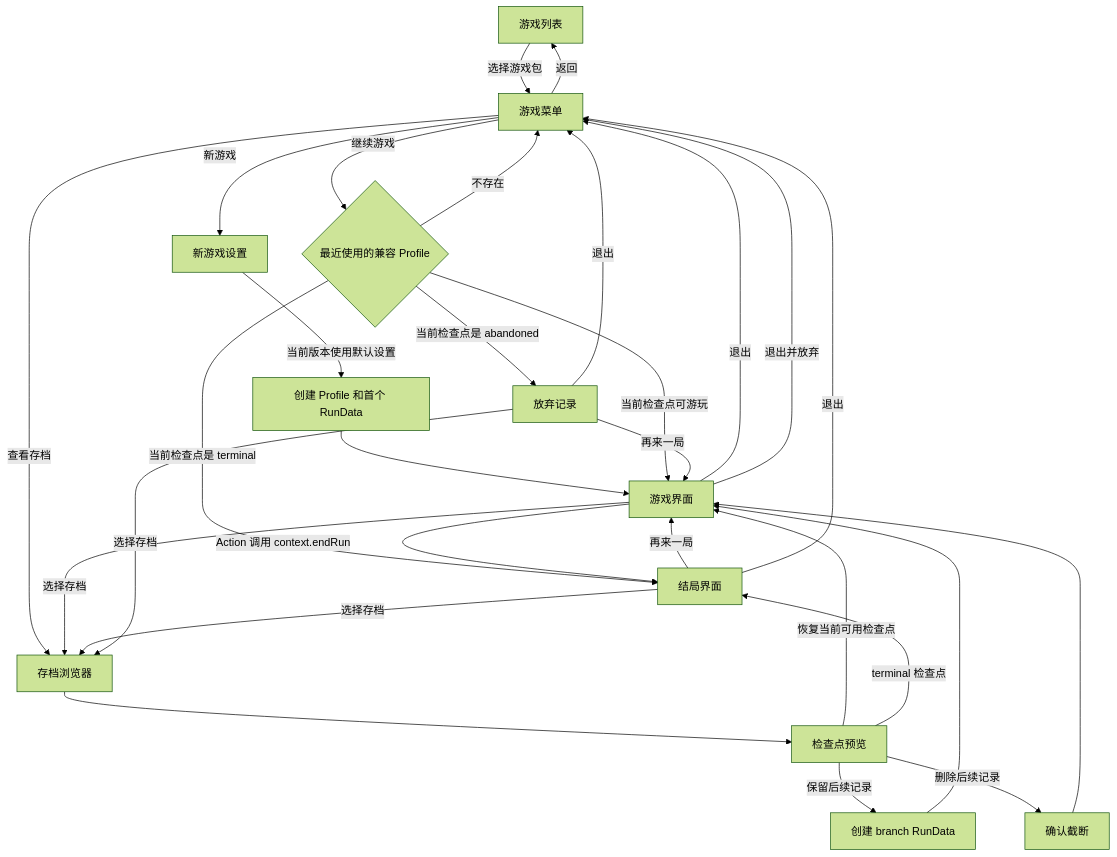
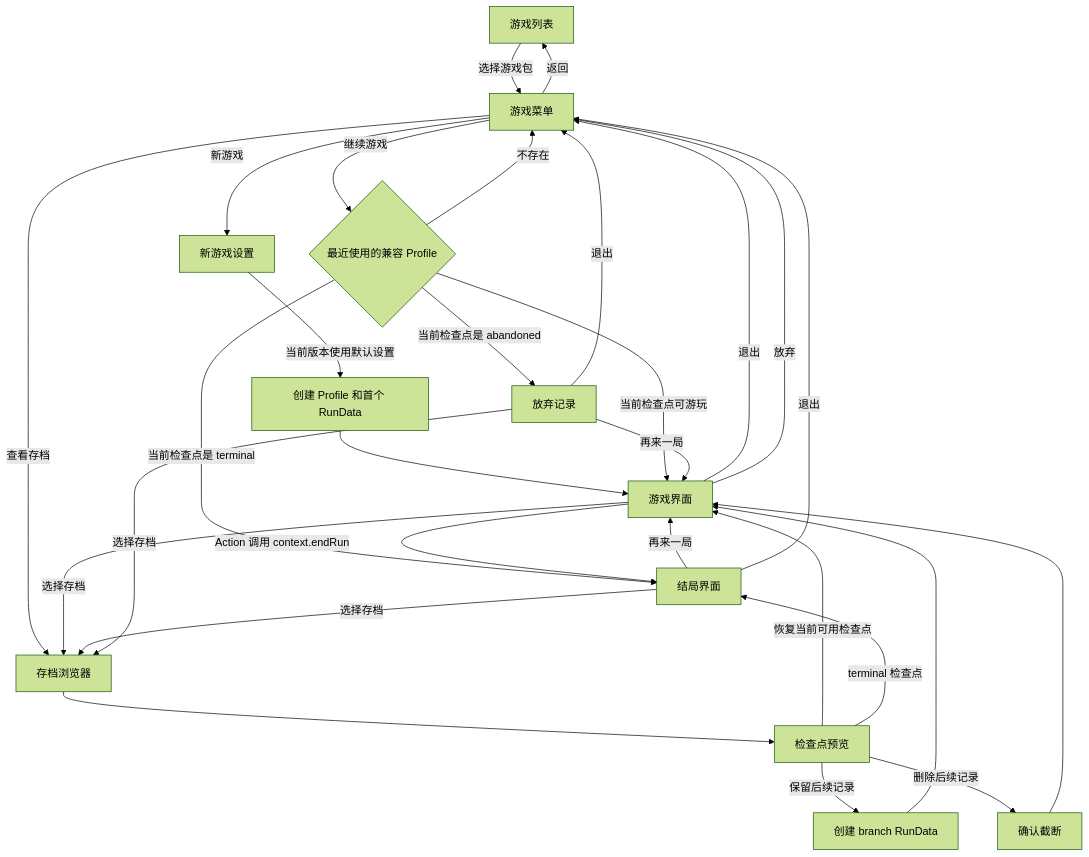
One commit to IanYet/maker-simulator changed the diagram in docs/game-design/player-flow-and-ui.md. Above: the diagram before and after it, drawn with Mermaid (forest theme). The commit also changed other lines of this file and 29 other files, not shown here.

````diff
--- a/docs/game-design/player-flow-and-ui.md
+++ b/docs/game-design/player-flow-and-ui.md
@@ -33,38 +33,38 @@
 ```mermaid
 flowchart TD
     A[游戏列表] -->|选择游戏包| B[游戏菜单]
 
     B -->|新游戏| C[新游戏设置]
     C -->|当前版本使用默认设置| D[创建 Profile 和首个 RunData]
     D --> E[游戏界面]
 
     B -->|继续游戏| F{最近使用的兼容 Profile}
     F -->|当前检查点可游玩| E
     F -->|当前检查点是 terminal| G[结局界面]
     F -->|当前检查点是 abandoned| R[放弃记录]
     F -->|不存在| B
 
     B -->|查看存档| H[存档浏览器]
     H --> I[检查点预览]
     I -->|恢复当前可用检查点| E
     I -->|保留后续记录| J[创建 branch RunData]
     J --> E
     I -->|删除后续记录| K[确认截断]
     K --> E
     I -->|terminal 检查点| G
 
     E -->|Action 调用 context.endRun| G
     E -->|退出| B
-    E -->|退出并放弃| B
+    E -->|放弃| B
     E -->|选择存档| H
 
     G -->|再来一局| E
     G -->|选择存档| H
     G -->|退出| B
 
     R -->|再来一局| E
     R -->|选择存档| H
     R -->|退出| B
 
     B -->|返回| A
 ```
````
